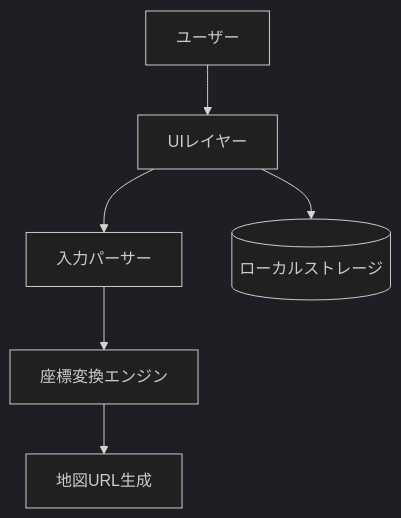
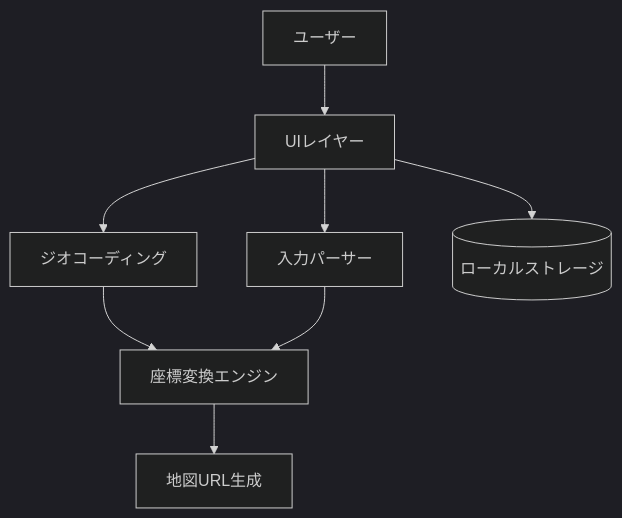
Before and after one commit to oyaakihisa/ichi-link: the first of 6 diagrams in docs/functional-design.md, drawn with Mermaid (dark theme). The commit also changed other lines of this file and 8 other files, not shown here.

First line of the commit message:
feat: add geocoding support for address-to-coordinate conversion

````diff
--- a/docs/functional-design.md
+++ b/docs/functional-design.md
@@ -5,15 +5,18 @@
 ```mermaid
 graph TB
     User[ユーザー]
     UI[UIレイヤー]
     InputParser[入力パーサー]
+    GeocodingService[ジオコーディング]
     CoordinateConverter[座標変換エンジン]
     MapUrlGenerator[地図URL生成]
     LocalStorage[(ローカルストレージ)]
 
     User --> UI
     UI --> InputParser
+    UI --> GeocodingService
+    GeocodingService --> CoordinateConverter
     InputParser --> CoordinateConverter
     CoordinateConverter --> MapUrlGenerator
     UI --> LocalStorage
 ```
````
